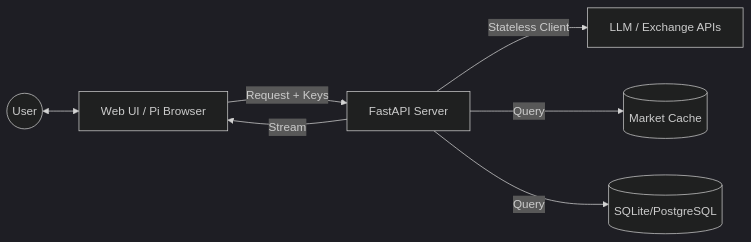
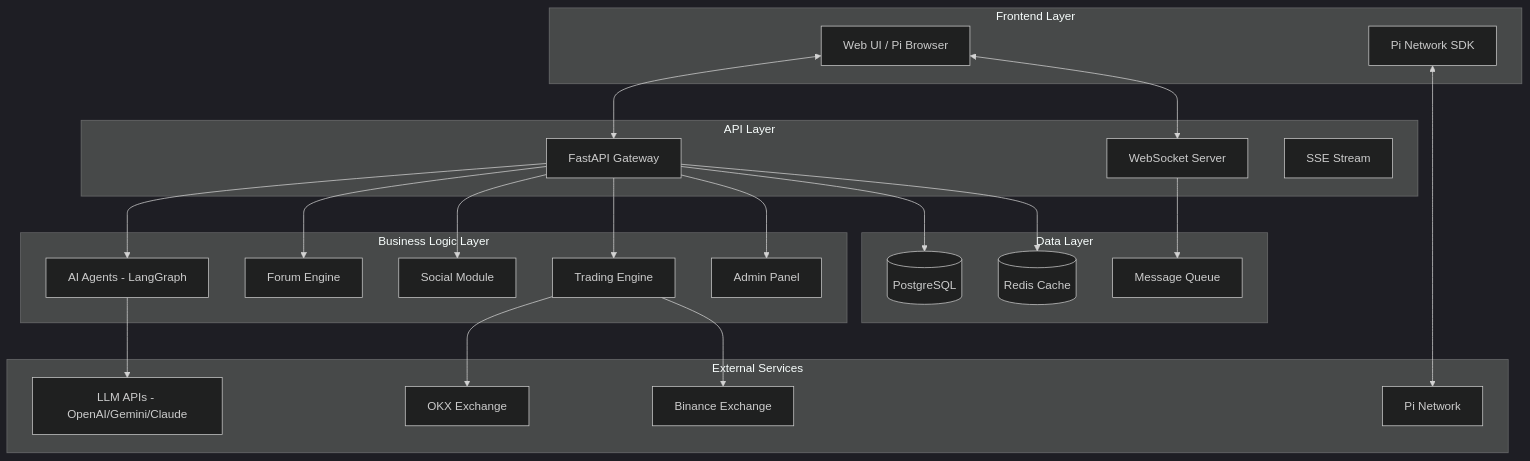
One commit to aaaa47080/stock_agent changed the diagram in README.md. Above: the diagram before and after it, drawn with Mermaid (dark theme). The commit also changed other lines of this file and 1 other file, not shown here.

````diff
--- a/README.md
+++ b/README.md
@@ -74,9 +143,52 @@
 ```mermaid
-graph LR
-    User((User)) <--> UI[Web UI / Pi Browser]
-    UI -- "Request + Keys" --> API[FastAPI Server]
-    API -- "Stateless Client" --> LLM[LLM / Exchange APIs]
-    API -- "Query" --> Cache[(Market Cache)]
-    API -- "Query" --> DB[(SQLite/PostgreSQL)]
-    API -- "Stream" --> UI
+graph TB
+    subgraph "Frontend Layer"
+        UI[Web UI / Pi Browser]
+        PISDK[Pi Network SDK]
+    end
+
+    subgraph "API Layer"
+        GATEWAY[FastAPI Gateway]
+        WS[WebSocket Server]
+        SSE[SSE Stream]
+    end
+
+    subgraph "Business Logic Layer"
+        AGENTS[AI Agents - LangGraph]
+        FORUM[Forum Engine]
+        SOCIAL[Social Module]
+        TRADING[Trading Engine]
+        ADMIN[Admin Panel]
+    end
+
+    subgraph "Data Layer"
+        DB[(PostgreSQL)]
+        CACHE[(Redis Cache)]
+        MQ[Message Queue]
+    end
+
+    subgraph "External Services"
+        LLM[LLM APIs - OpenAI/Gemini/Claude]
+        OKX[OKX Exchange]
+        BINANCE[Binance Exchange]
+        PI[Pi Network]
+    end
+
+    UI <--> GATEWAY
+    UI <--> WS
+    PISDK <--> PI
+
+    GATEWAY --> AGENTS
+    GATEWAY --> FORUM
+    GATEWAY --> SOCIAL
+    GATEWAY --> TRADING
+    GATEWAY --> ADMIN
+
+    AGENTS --> LLM
+    TRADING --> OKX
+    TRADING --> BINANCE
+
+    GATEWAY --> DB
+    GATEWAY --> CACHE
+    WS --> MQ
 ```
````
